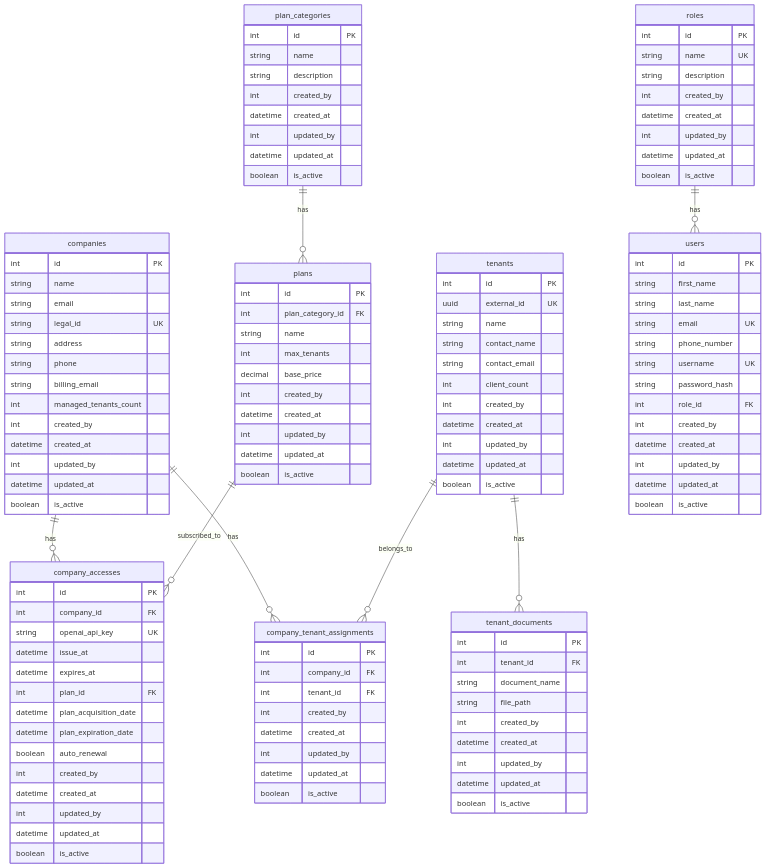
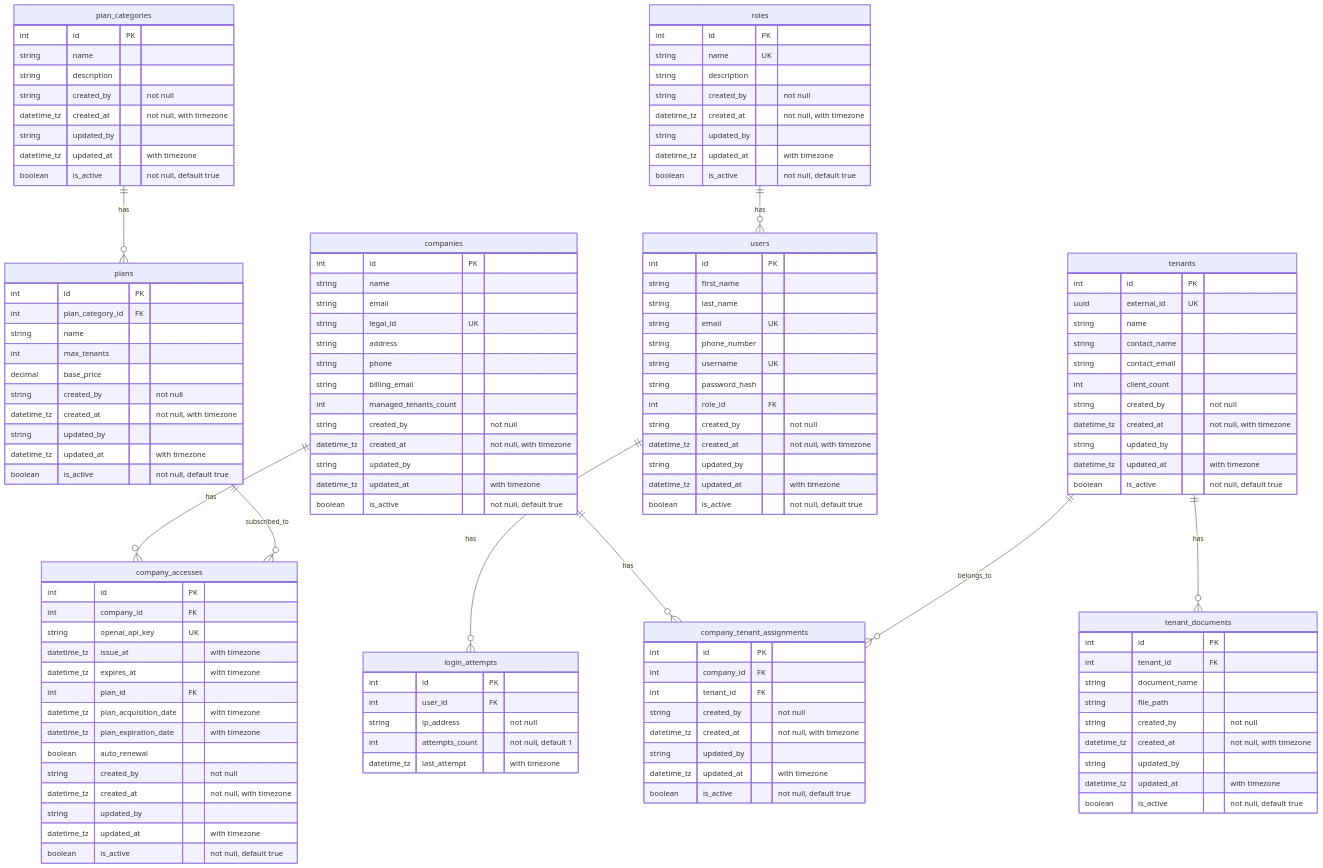
The diagram in backend-admin/app/db/lexobot_db.mermaid (alejograjal/lexobot-ai), drawn with Mermaid before and after one commit.

Commit message:
fix: modify db dbrm file

```diff
--- a/backend-admin/app/db/lexobot_db.mermaid
+++ b/backend-admin/app/db/lexobot_db.mermaid
@@ -1,129 +1,138 @@
 erDiagram
     companies {
         int id PK
         string name
         string email
         string legal_id UK
         string address
         string phone
         string billing_email
         int managed_tenants_count
-        int created_by
-        datetime created_at
-        int updated_by
-        datetime updated_at
-        boolean is_active
+        string created_by "not null"
+        datetime_tz created_at "not null, with timezone"
+        string updated_by
+        datetime_tz updated_at "with timezone"
+        boolean is_active "not null, default true"
     }
 
     tenants {
         int id PK
         uuid external_id UK
         string name
         string contact_name
         string contact_email
         int client_count
-        int created_by
-        datetime created_at
-        int updated_by
-        datetime updated_at
-        boolean is_active
+        string created_by "not null"
+        datetime_tz created_at "not null, with timezone"
+        string updated_by
+        datetime_tz updated_at "with timezone"
+        boolean is_active "not null, default true"
     }
 
     plan_categories {
         int id PK
         string name
         string description
-        int created_by
-        datetime created_at
-        int updated_by
-        datetime updated_at
-        boolean is_active
+        string created_by "not null"
+        datetime_tz created_at "not null, with timezone"
+        string updated_by
+        datetime_tz updated_at "with timezone"
+        boolean is_active "not null, default true"
     }
 
     plans {
         int id PK
         int plan_category_id FK
         string name
         int max_tenants
         decimal base_price
-        int created_by
-        datetime created_at
-        int updated_by
-        datetime updated_at
-        boolean is_active
+        string created_by "not null"
+        datetime_tz created_at "not null, with timezone"
+        string updated_by
+        datetime_tz updated_at "with timezone"
+        boolean is_active "not null, default true"
     }
 
     roles {
         int id PK
         string name UK
         string description
-        int created_by
-        datetime created_at
-        int updated_by
-        datetime updated_at
-        boolean is_active
+        string created_by "not null"
+        datetime_tz created_at "not null, with timezone"
+        string updated_by
+        datetime_tz updated_at "with timezone"
+        boolean is_active "not null, default true"
     }
 
     users {
         int id PK
         string first_name
         string last_name
         string email UK
         string phone_number
         string username UK
         string password_hash
         int role_id FK
-        int created_by
-        datetime created_at
-        int updated_by
-        datetime updated_at
-        boolean is_active
+        string created_by "not null"
+        datetime_tz created_at "not null, with timezone"
+        string updated_by
+        datetime_tz updated_at "with timezone"
+        boolean is_active "not null, default true"
     }
 
     company_tenant_assignments {
         int id PK
         int company_id FK
         int tenant_id FK
-        int created_by
-        datetime created_at
-        int updated_by
-        datetime updated_at
-        boolean is_active
+        string created_by "not null"
+        datetime_tz created_at "not null, with timezone"
+        string updated_by
+        datetime_tz updated_at "with timezone"
+        boolean is_active "not null, default true"
     }
 
     tenant_documents {
         int id PK
         int tenant_id FK
         string document_name
         string file_path
-        int created_by
-        datetime created_at
-        int updated_by
-        datetime updated_at
-        boolean is_active
+        string created_by "not null"
+        datetime_tz created_at "not null, with timezone"
+        string updated_by
+        datetime_tz updated_at "with timezone"
+        boolean is_active "not null, default true"
     }
 
     company_accesses {
         int id PK
         int company_id FK
         string openai_api_key UK
-        datetime issue_at
-        datetime expires_at
+        datetime_tz issue_at "with timezone"
+        datetime_tz expires_at "with timezone"
         int plan_id FK
-        datetime plan_acquisition_date
-        datetime plan_expiration_date
+        datetime_tz plan_acquisition_date "with timezone"
+        datetime_tz plan_expiration_date "with timezone"
         boolean auto_renewal
-        int created_by
-        datetime created_at
-        int updated_by
-        datetime updated_at
-        boolean is_active
+        string created_by "not null"
+        datetime_tz created_at "not null, with timezone"
+        string updated_by
+        datetime_tz updated_at "with timezone"
+        boolean is_active "not null, default true"
+    }
+
+    login_attempts {
+        int id PK
+        int user_id FK
+        string ip_address "not null"
+        int attempts_count "not null, default 1"
+        datetime_tz last_attempt "with timezone"
     }
 
     companies ||--o{ company_tenant_assignments : has
     tenants ||--o{ company_tenant_assignments : belongs_to
     companies ||--o{ company_accesses : has
     plan_categories ||--o{ plans : has
     roles ||--o{ users : has
     plans ||--o{ company_accesses : subscribed_to
     tenants ||--o{ tenant_documents : has
+    users ||--o{ login_attempts : has
```
